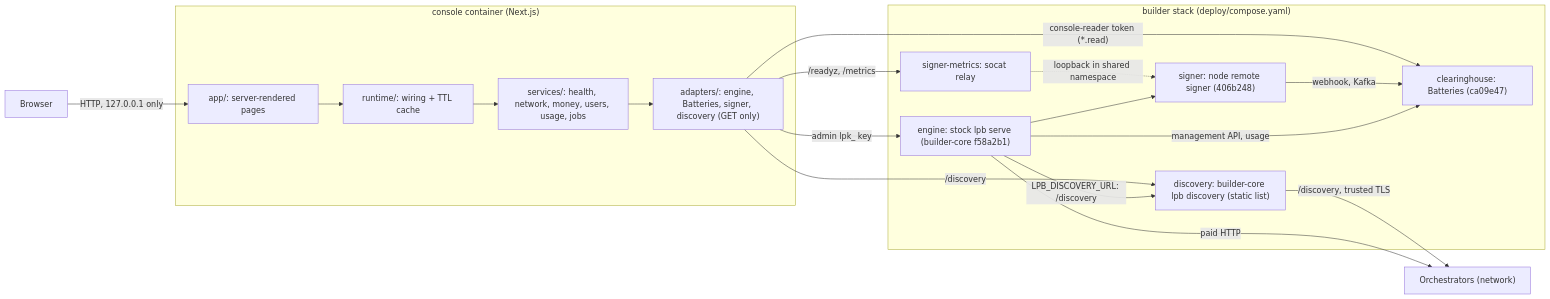
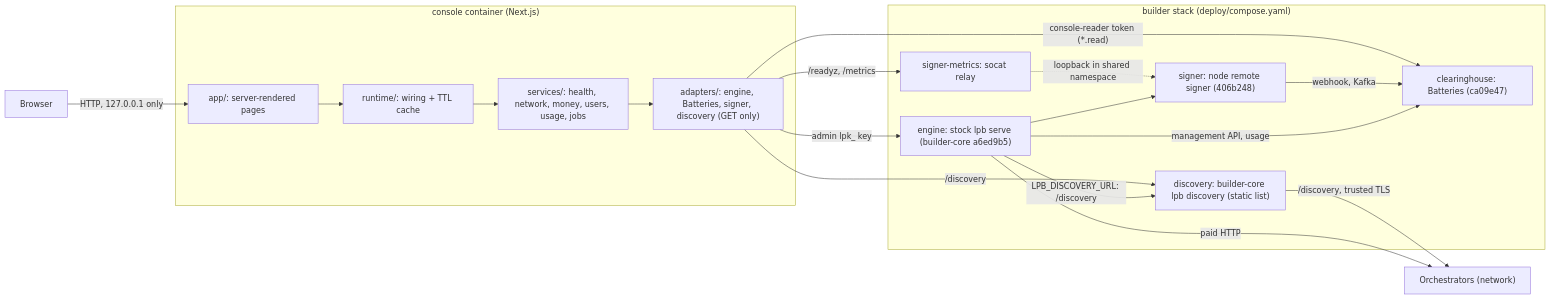
One commit to NE-Build-Track/builder-core-console changed the first of 2 diagrams in ARCHITECTURE.md. Above: the diagram before and after it, drawn with Mermaid. The commit also changed 9 other files, not shown here.

First line of the commit message:
build: pin builder-core a6ed9b5, the merge of #76 on releases/m3

````diff
--- a/ARCHITECTURE.md
+++ b/ARCHITECTURE.md
@@ -9,27 +9,27 @@
 ```mermaid
 flowchart LR
     Browser["Browser"]
     subgraph Console["console container (Next.js)"]
         Pages["app/: server-rendered pages"]
         RT["runtime/: wiring + TTL cache"]
         SVC["services/: health, network, money, users, usage, jobs"]
         AD["adapters/: engine, Batteries, signer, discovery (GET only)"]
     end
     subgraph Stack["builder stack (deploy/compose.yaml)"]
-        Engine["engine: stock lpb serve (builder-core f58a2b1)"]
+        Engine["engine: stock lpb serve (builder-core a6ed9b5)"]
         Bat["clearinghouse: Batteries (ca09e47)"]
         Signer["signer: node remote signer (406b248)"]
         Relay["signer-metrics: socat relay"]
         Disc["discovery: builder-core lpb discovery (static list)"]
     end
     Orch["Orchestrators (network)"]
     Browser -->|"HTTP, 127.0.0.1 only"| Pages --> RT --> SVC --> AD
     AD -->|"admin lpk_ key"| Engine
     AD -->|"console-reader token (*.read)"| Bat
     AD -->|"/discovery"| Disc
     AD -->|"/readyz, /metrics"| Relay -.->|"loopback in shared namespace"| Signer
     Engine --> Signer -->|"webhook, Kafka"| Bat
     Engine -->|"LPB_DISCOVERY_URL: /discovery"| Disc -->|"/discovery, trusted TLS"| Orch
     Engine -->|"paid HTTP"| Orch
     Engine -->|"management API, usage"| Bat
 ```
````
